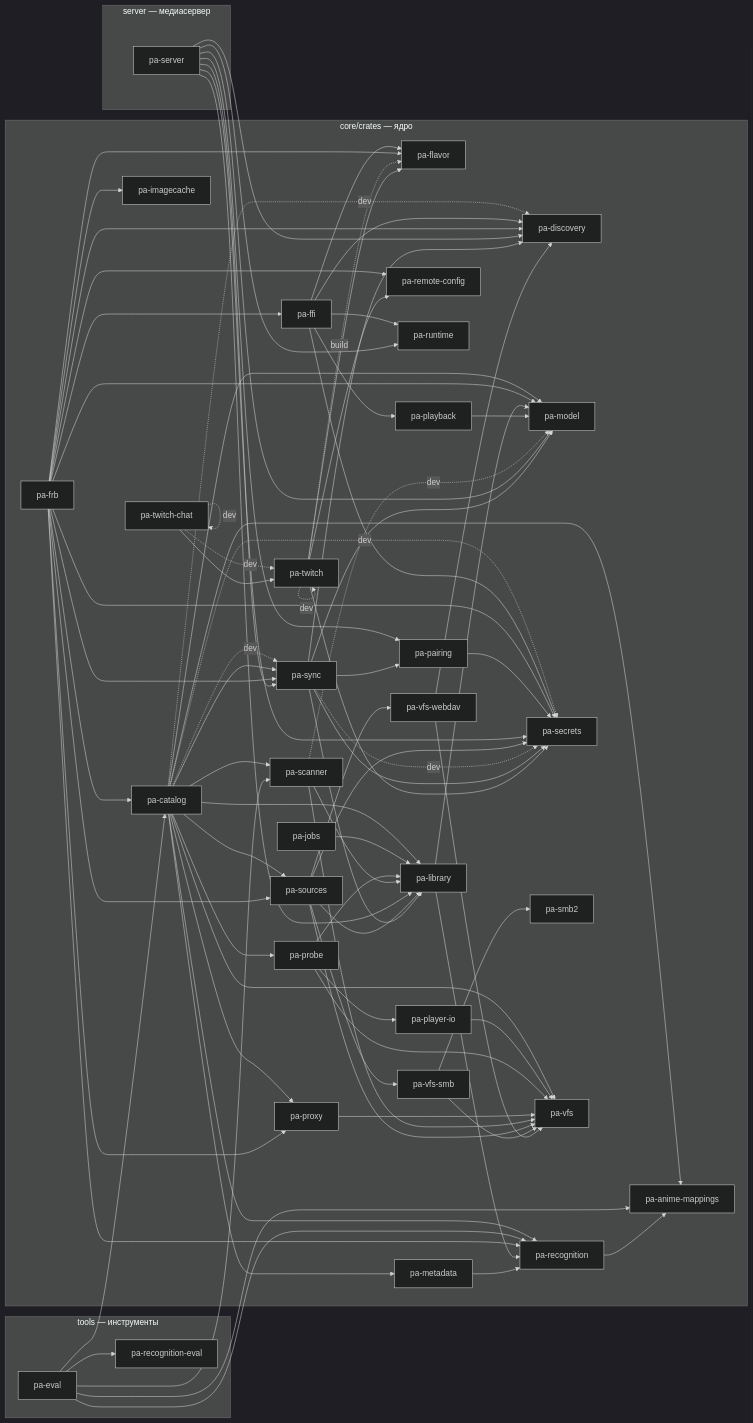
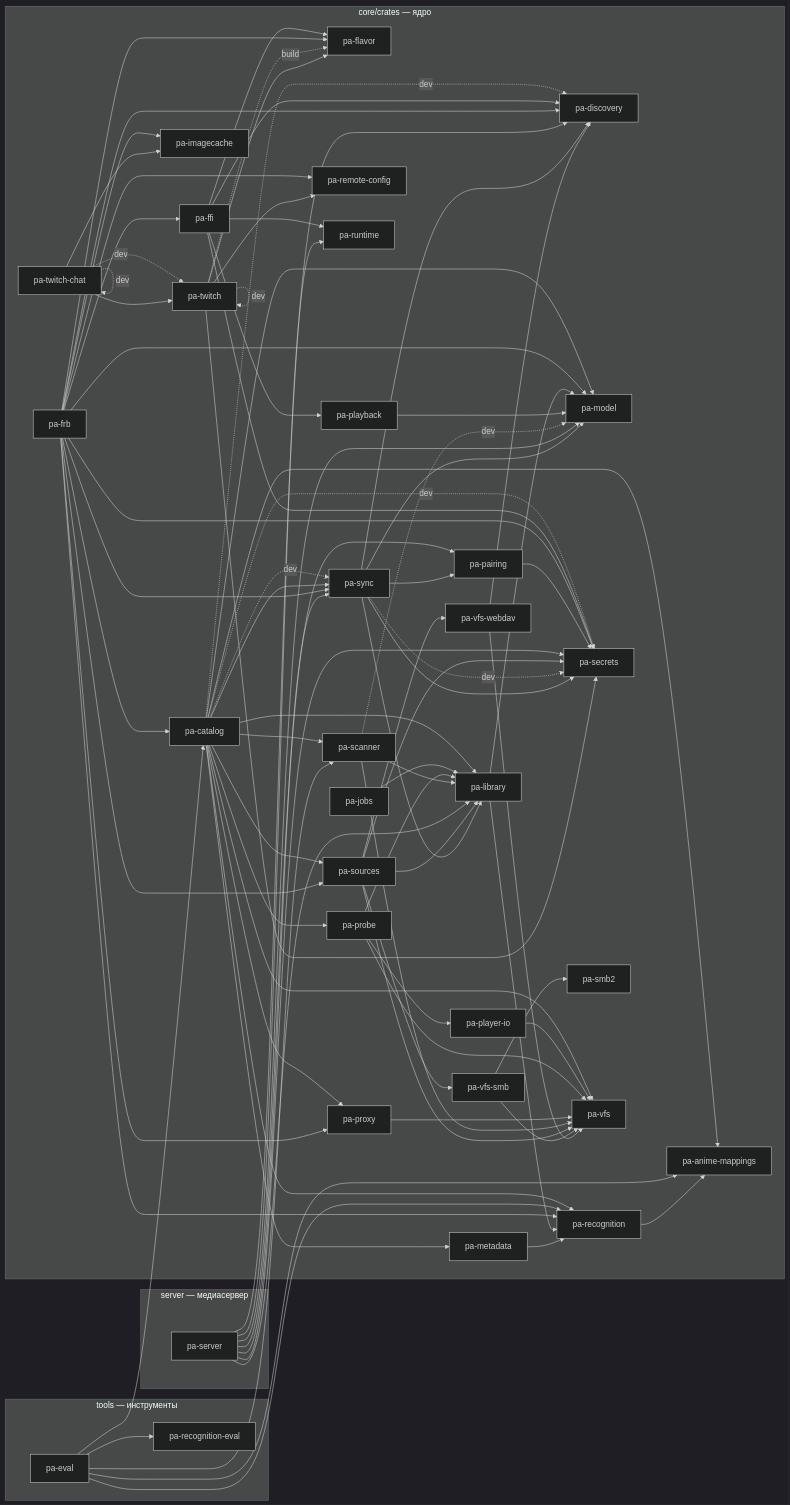
The diagram in docs/dev/crate-graph.md (DenisHumen/kinolune), drawn with Mermaid (dark theme) before and after one commit. The commit also changed other lines of this file and 5 other files, not shown here.

Commit message:
style(twitch): rustfmt, lockfile and crate graph for chat assets [TWI-011]

```diff
--- a/docs/dev/crate-graph.md
+++ b/docs/dev/crate-graph.md
@@ -123,6 +123,7 @@
   pa_twitch --> pa_remote_config
   pa_twitch --> pa_secrets
   pa_twitch -. dev .-> pa_twitch
+  pa_twitch_chat --> pa_imagecache
   pa_twitch_chat -. dev .-> pa_twitch
   pa_twitch_chat --> pa_twitch
   pa_twitch_chat -. dev .-> pa_twitch_chat
```
